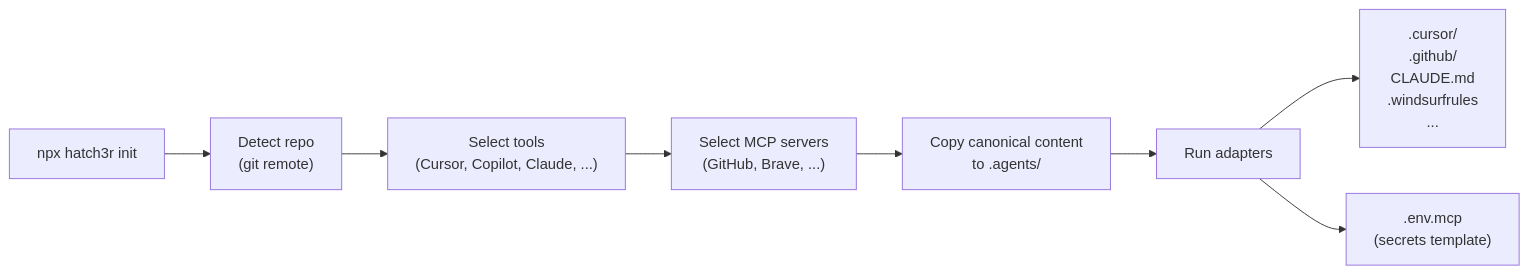
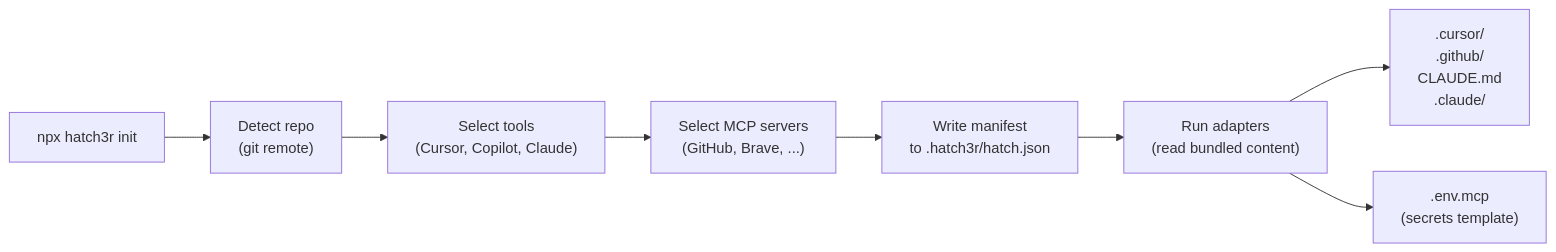
Before and after one commit to hatch3r/hatch3r: the first of 5 diagrams in docs/agentic-process.md, drawn with Mermaid. The commit also changed other lines of this file and 74 other files, not shown here.

````diff
--- a/docs/agentic-process.md
+++ b/docs/agentic-process.md
@@ -9,10 +9,10 @@
 ```mermaid
 flowchart LR
     A["npx hatch3r init"] --> B["Detect repo\n(git remote)"]
-    B --> C["Select tools\n(Cursor, Copilot, Claude, ...)"]
+    B --> C["Select tools\n(Cursor, Copilot, Claude)"]
     C --> D["Select MCP servers\n(GitHub, Brave, ...)"]
-    D --> E["Copy canonical content\nto .agents/"]
-    E --> F["Run adapters"]
-    F --> G[".cursor/\n.github/\nCLAUDE.md\n.windsurfrules\n..."]
+    D --> E["Write manifest\nto .hatch3r/hatch.json"]
+    E --> F["Run adapters\n(read bundled content)"]
+    F --> G[".cursor/\n.github/\nCLAUDE.md\n.claude/"]
     F --> H[".env.mcp\n(secrets template)"]
 ```
````
